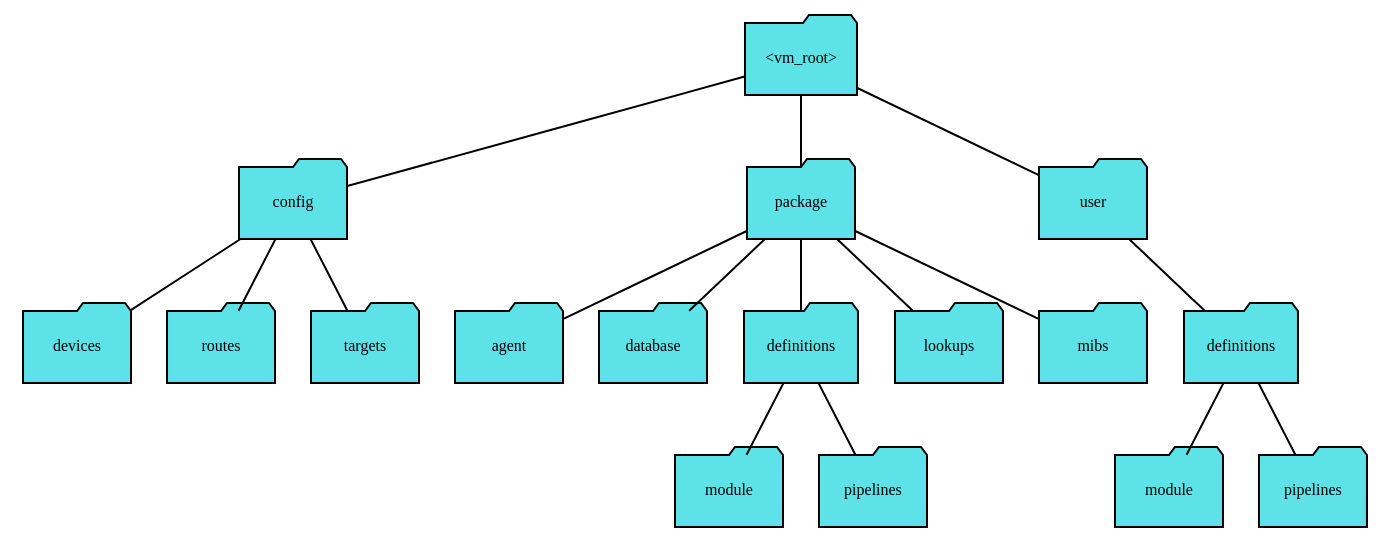
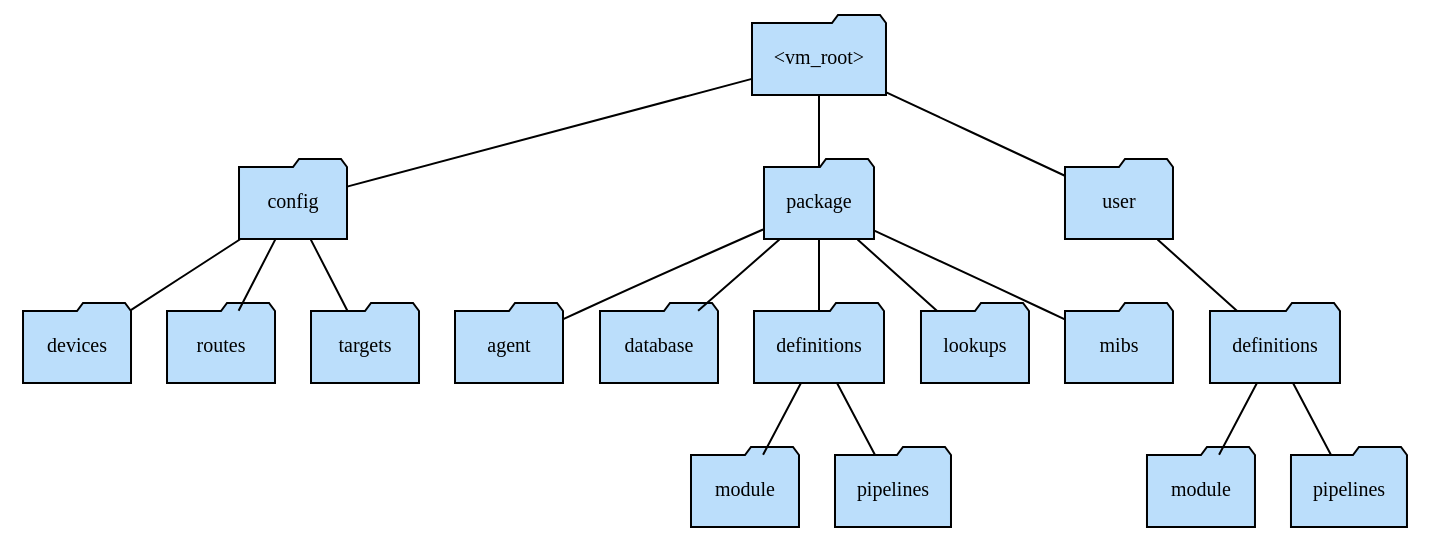
One commit to VirtualMetric/virtualmetric-docs changed the diagram in src/graphs/directory-tree.dot. Above: the diagram before and after it, drawn with Graphviz. The commit also changed 5 other files, not shown here.

Commit message:
Added graphviz files to the project

```diff
--- a/src/graphs/directory-tree.dot
+++ b/src/graphs/directory-tree.dot
@@ -1,42 +1,42 @@
 graph dirTree {
    tooltip="Directory Tree"
    rankdir="TD"
 
    subgraph folderNode {
-      node [shape="folder" style="filled" fillcolor="#5DE2E7" fontname="Monaco" fontsize="8"]
+      node [shape="folder" style="filled" fillcolor="#bbdefb" fontname="Calibri" fontsize="10"]
 
       root[label="&lt;vm_root&gt;"]
 
       config[label="config"]
       devices[label="devices"]
       routes[label="routes"]
       targets[label="targets"]
 
       package[label="package"]
 
       agent[label="agent"]
       database[label="database"]      
 
       packageDefinitions[label="definitions"]
       packageDefinitionsModule[label="module"]
       packageDefinitionsPipelines[label="pipelines"]
 
       lookups[label="lookups"]
       mibs[label="mibs"]
 
       user[label="user"]
       userDefinitions[label="definitions"]
       userDefinitionsModule[label="module"]
       userDefinitionsPipelines[label="pipelines"]
    }
 
    root -- {config package user}
    
    config -- {devices routes targets}
    
    package -- {agent database packageDefinitions lookups mibs}
    packageDefinitions -- {packageDefinitionsModule packageDefinitionsPipelines}
    
    user -- {userDefinitions}
    userDefinitions -- {userDefinitionsModule userDefinitionsPipelines}
 }
```
